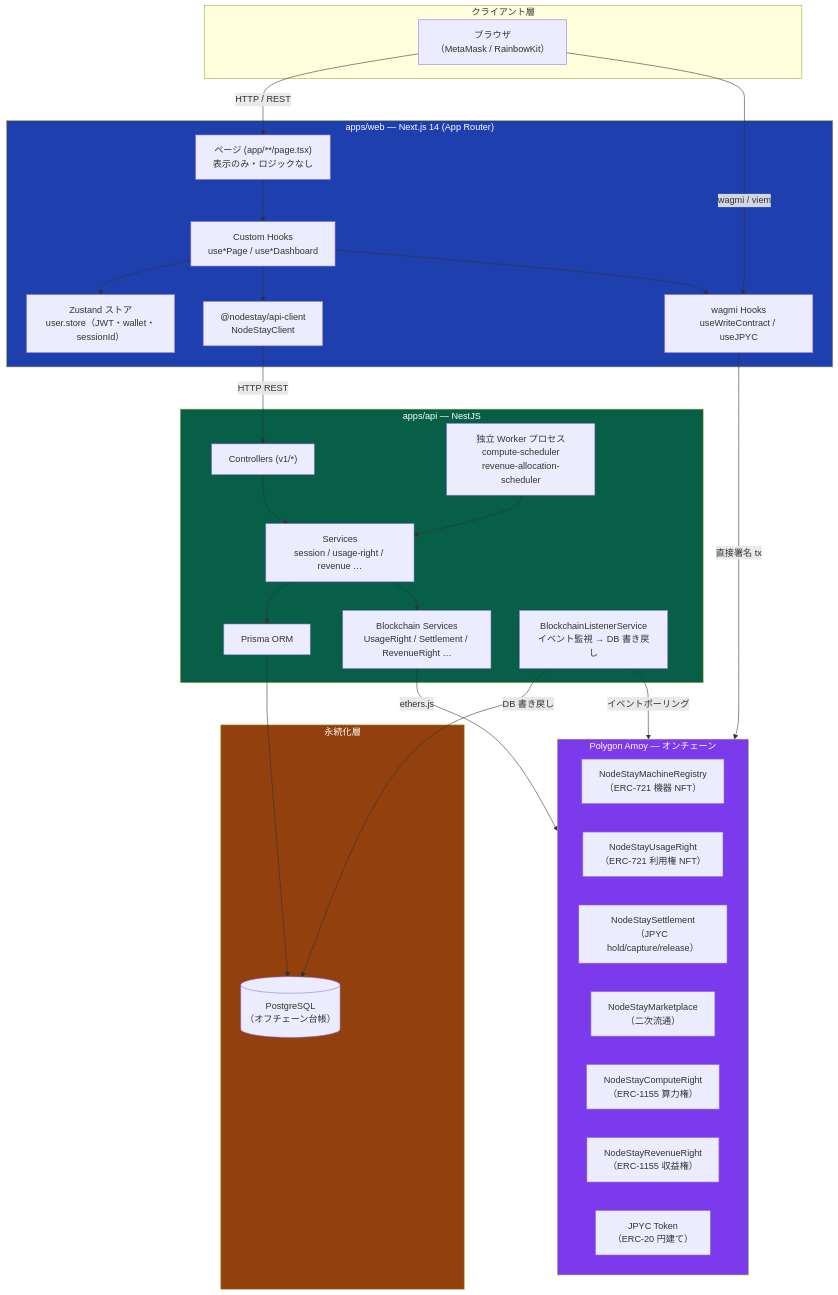
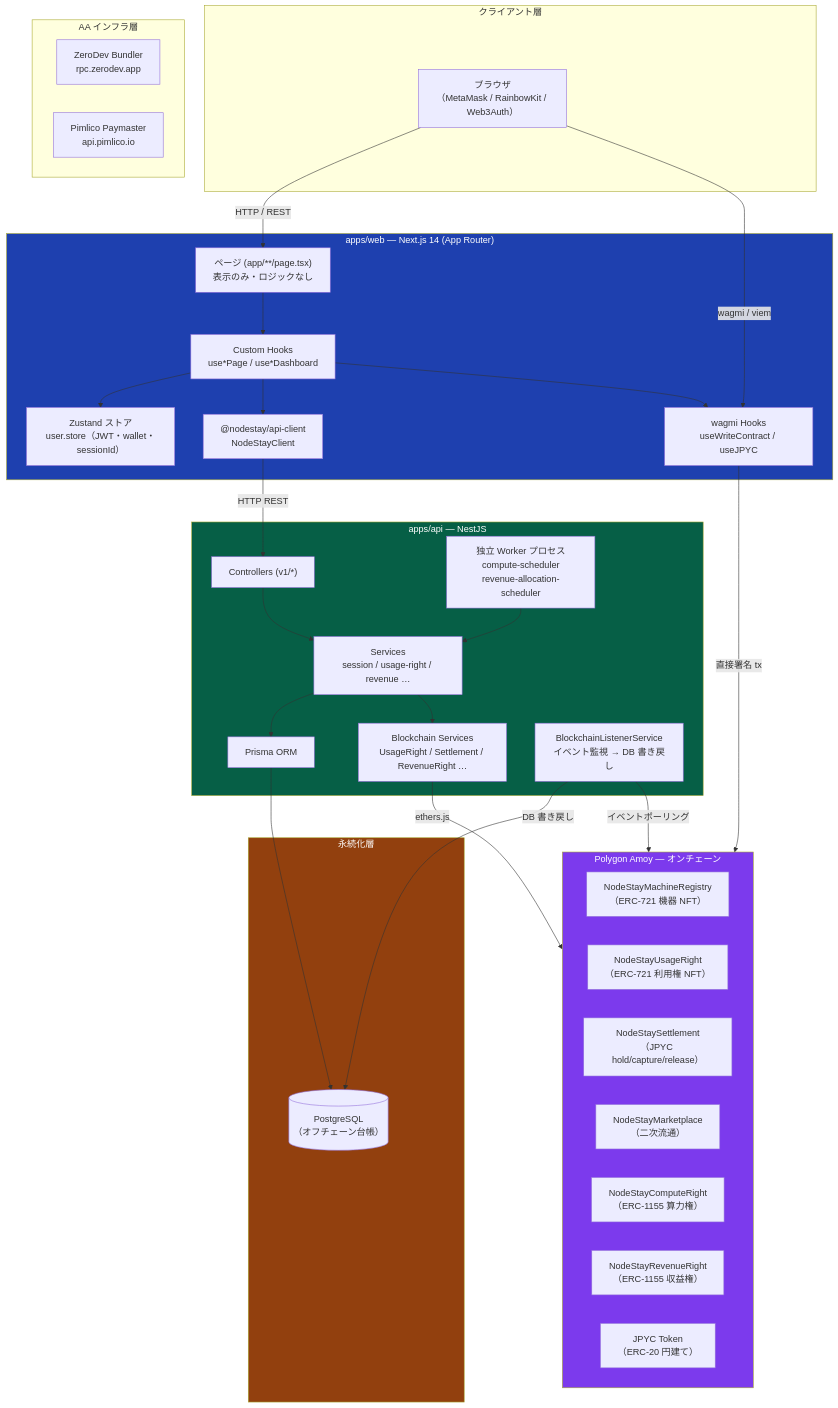
Before and after one commit to WHXisWH/Node-Stay: the first of 15 diagrams in docs/ARCHITECTURE.md, drawn with Mermaid. The commit also changed other lines of this file and 14 other files, not shown here.

````diff
--- a/docs/ARCHITECTURE.md
+++ b/docs/ARCHITECTURE.md
@@ -31,59 +31,64 @@
 ```mermaid
 graph TB
     subgraph Client["クライアント層"]
-        Browser["ブラウザ<br/>（MetaMask / RainbowKit）"]
+        Browser["ブラウザ<br/>（MetaMask / RainbowKit / Web3Auth）"]
+    end
+
+    subgraph AA["AA インフラ層"]
+        ZeroDevBundler["ZeroDev Bundler<br/>rpc.zerodev.app"]
+        PimlicoPaymaster["Pimlico Paymaster<br/>api.pimlico.io"]
     end
 
     subgraph Web["apps/web — Next.js 14 (App Router)"]
         Pages["ページ (app/**/page.tsx)<br/>表示のみ・ロジックなし"]
         Hooks["Custom Hooks<br/>use*Page / use*Dashboard"]
         Stores["Zustand ストア<br/>user.store（JWT・wallet・sessionId）"]
         ApiClient["@nodestay/api-client<br/>NodeStayClient"]
         WagmiHooks["wagmi Hooks<br/>useWriteContract / useJPYC"]
     end
 
     subgraph Api["apps/api — NestJS"]
         Controllers["Controllers (v1/*)"]
         Services["Services<br/>session / usage-right / revenue …"]
         PrismaORM["Prisma ORM"]
         BlockchainSvcs["Blockchain Services<br/>UsageRight / Settlement / RevenueRight …"]
         Listener["BlockchainListenerService<br/>イベント監視 → DB 書き戻し"]
         Workers["独立 Worker プロセス<br/>compute-scheduler<br/>revenue-allocation-scheduler"]
     end
 
     subgraph DB["永続化層"]
         Postgres[("PostgreSQL<br/>（オフチェーン台帳）")]
     end
 
     subgraph Chain["Polygon Amoy — オンチェーン"]
         MachineReg["NodeStayMachineRegistry<br/>（ERC-721 機器 NFT）"]
         UsageRight["NodeStayUsageRight<br/>（ERC-721 利用権 NFT）"]
         Settlement["NodeStaySettlement<br/>（JPYC hold/capture/release）"]
         Marketplace["NodeStayMarketplace<br/>（二次流通）"]
         ComputeRight["NodeStayComputeRight<br/>（ERC-1155 算力権）"]
         RevenueRight["NodeStayRevenueRight<br/>（ERC-1155 収益権）"]
         JPYC["JPYC Token<br/>（ERC-20 円建て）"]
     end
 
     Browser -->|"HTTP / REST"| Pages
     Browser -->|"wagmi / viem"| WagmiHooks
     Pages --> Hooks
     Hooks --> Stores
     Hooks --> ApiClient
     Hooks --> WagmiHooks
     ApiClient -->|"HTTP REST"| Controllers
     Controllers --> Services
     Services --> PrismaORM
     Services --> BlockchainSvcs
     PrismaORM --> Postgres
     BlockchainSvcs -->|"ethers.js"| Chain
     Listener -->|"イベントポーリング"| Chain
     Listener -->|"DB 書き戻し"| Postgres
     Workers --> Services
     WagmiHooks -->|"直接署名 tx"| Chain
 
     style Chain fill:#7c3aed,color:#fff
     style Web fill:#1e40af,color:#fff
     style Api fill:#065f46,color:#fff
     style DB fill:#92400e,color:#fff
 ```
````
